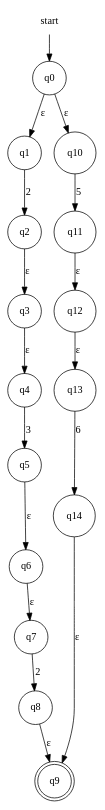
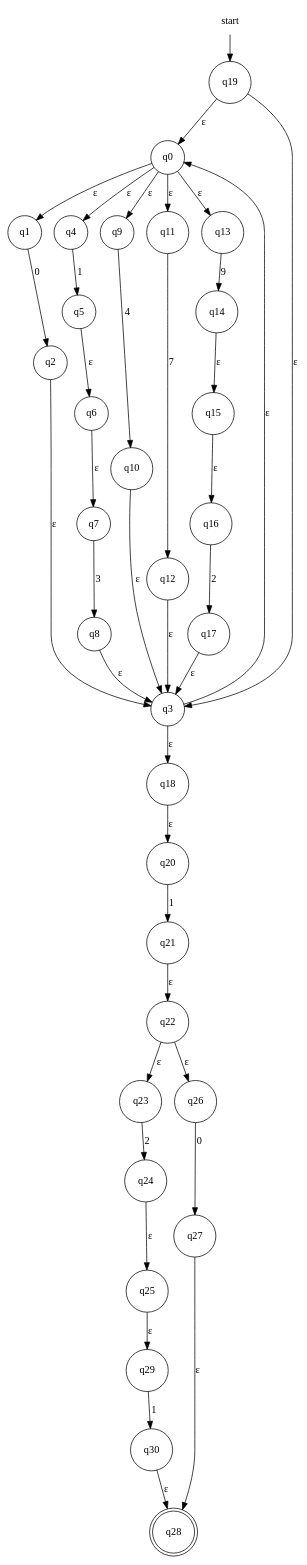
Before and after one commit to evertheylen/TA_TO: the diagram in fase1/RE-eNFA/regex_9.dot, drawn with Graphviz. The commit also changed 12 other files, not shown here.

```diff
--- a/fase1/RE-eNFA/regex_9.dot
+++ b/fase1/RE-eNFA/regex_9.dot
@@ -1,21 +1,43 @@
 digraph automaton {
     node [shape=none]; start;
-    node [shape=doublecircle]; "q9";
+    node [shape=doublecircle]; "q28";
     node [shape=circle];
-    start -> "q0";
+    start -> "q19";
     "q0" -> "q1" [label="&epsilon;"];
-    "q0" -> "q10" [label="&epsilon;"];
-    "q1" -> "q2" [label="2"];
+    "q0" -> "q4" [label="&epsilon;"];
+    "q0" -> "q9" [label="&epsilon;"];
+    "q0" -> "q11" [label="&epsilon;"];
+    "q0" -> "q13" [label="&epsilon;"];
+    "q1" -> "q2" [label="0"];
     "q2" -> "q3" [label="&epsilon;"];
-    "q3" -> "q4" [label="&epsilon;"];
-    "q4" -> "q5" [label="3"];
+    "q3" -> "q0" [label="&epsilon;"];
+    "q3" -> "q18" [label="&epsilon;"];
+    "q4" -> "q5" [label="1"];
     "q5" -> "q6" [label="&epsilon;"];
     "q6" -> "q7" [label="&epsilon;"];
-    "q7" -> "q8" [label="2"];
-    "q8" -> "q9" [label="&epsilon;"];
-    "q10" -> "q11" [label="5"];
-    "q11" -> "q12" [label="&epsilon;"];
-    "q12" -> "q13" [label="&epsilon;"];
-    "q13" -> "q14" [label="6"];
-    "q14" -> "q9" [label="&epsilon;"];
+    "q7" -> "q8" [label="3"];
+    "q8" -> "q3" [label="&epsilon;"];
+    "q9" -> "q10" [label="4"];
+    "q10" -> "q3" [label="&epsilon;"];
+    "q11" -> "q12" [label="7"];
+    "q12" -> "q3" [label="&epsilon;"];
+    "q13" -> "q14" [label="9"];
+    "q14" -> "q15" [label="&epsilon;"];
+    "q15" -> "q16" [label="&epsilon;"];
+    "q16" -> "q17" [label="2"];
+    "q17" -> "q3" [label="&epsilon;"];
+    "q18" -> "q20" [label="&epsilon;"];
+    "q19" -> "q0" [label="&epsilon;"];
+    "q19" -> "q3" [label="&epsilon;"];
+    "q20" -> "q21" [label="1"];
+    "q21" -> "q22" [label="&epsilon;"];
+    "q22" -> "q23" [label="&epsilon;"];
+    "q22" -> "q26" [label="&epsilon;"];
+    "q23" -> "q24" [label="2"];
+    "q24" -> "q25" [label="&epsilon;"];
+    "q25" -> "q29" [label="&epsilon;"];
+    "q26" -> "q27" [label="0"];
+    "q27" -> "q28" [label="&epsilon;"];
+    "q29" -> "q30" [label="1"];
+    "q30" -> "q28" [label="&epsilon;"];
 }
```
